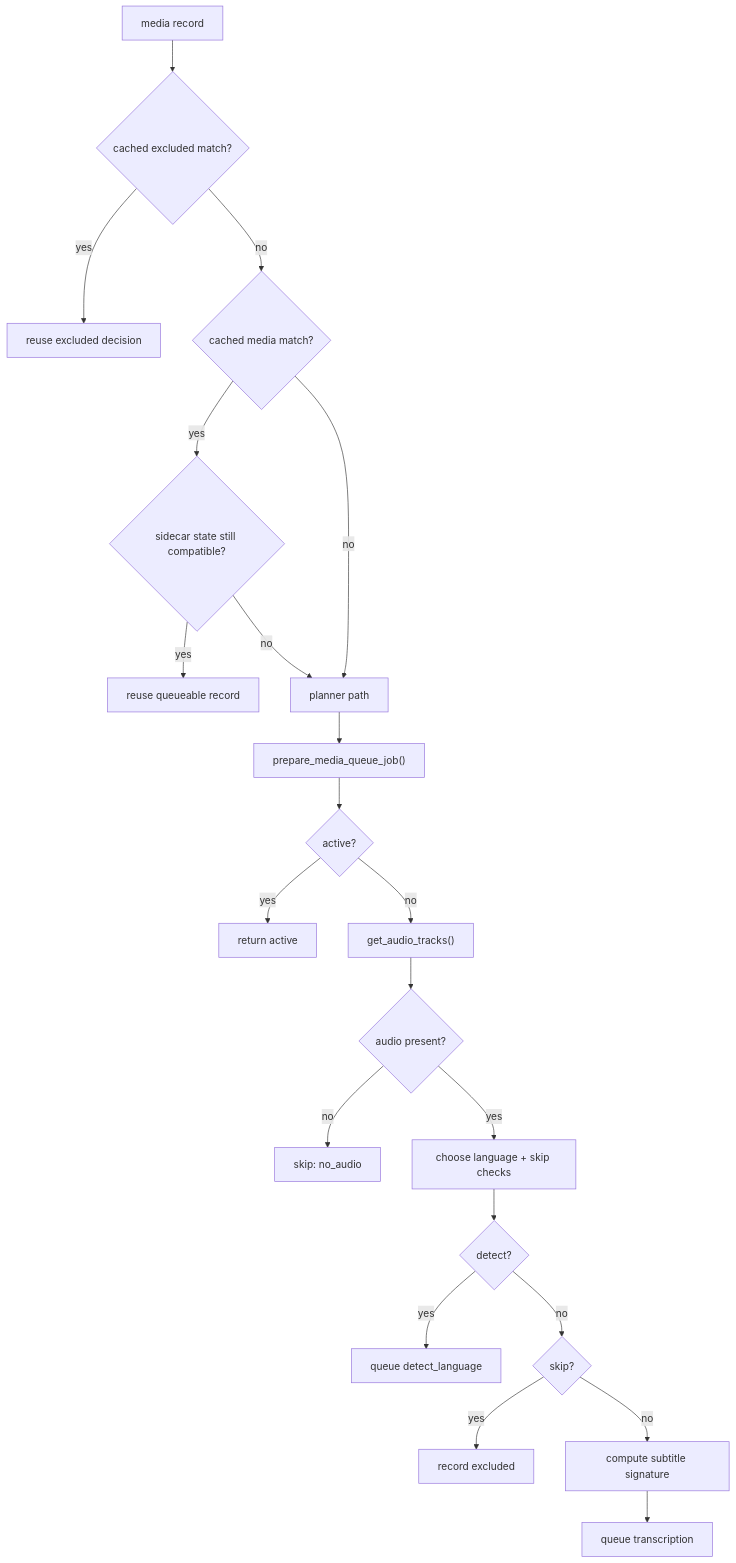
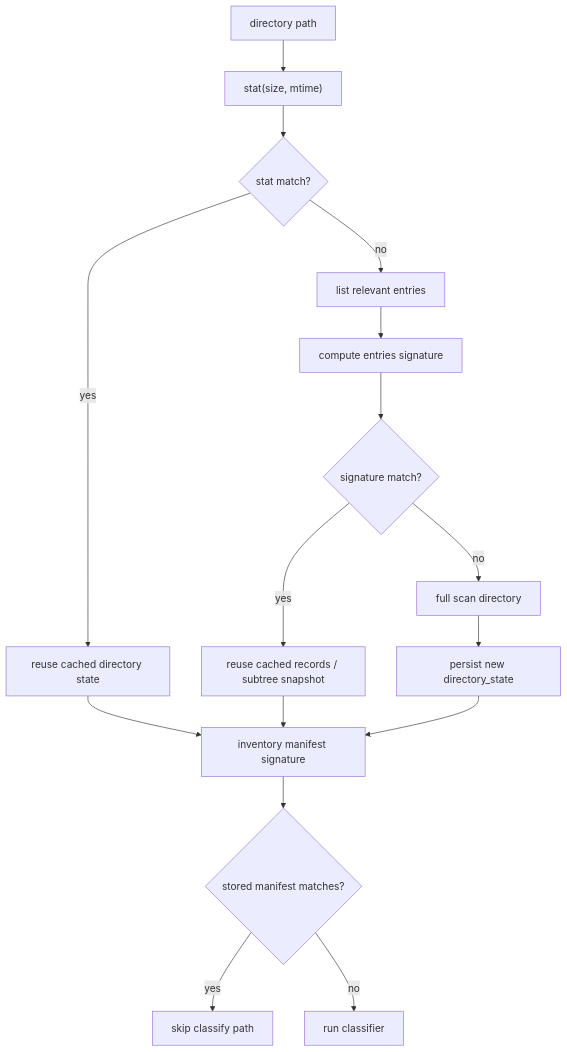
The fifth of 5 diagrams in subgen_startup_scan/README.md (ngallodev/subgen), drawn with Mermaid before and after one commit. The commit also changed other lines of this file and 34 other files, not shown here.

````diff
--- a/subgen_startup_scan/README.md
+++ b/subgen_startup_scan/README.md
@@ -254,24 +507,19 @@
 ```mermaid
 flowchart TD
-    A["media record"] --> B{"cached excluded match?"}
-    B -->|yes| C["reuse excluded decision"]
-    B -->|no| D{"cached media match?"}
-    D -->|yes| E{"sidecar state still compatible?"}
-    E -->|yes| F["reuse queueable record"]
-    E -->|no| G["planner path"]
-    D -->|no| G
+    A["directory path"] --> B["stat(size, mtime)"]
+    B --> C{"stat match?"}
+    C -->|yes| D["reuse cached directory state"]
+    C -->|no| E["list relevant entries"]
+    E --> F["compute entries signature"]
+    F --> G{"signature match?"}
+    G -->|yes| H["reuse cached records / subtree snapshot"]
+    G -->|no| I["full scan directory"]
+    I --> J["persist new directory_state"]
 
-    G --> H["prepare_media_queue_job()"]
-    H --> I{"active?"}
-    I -->|yes| J["return active"]
-    I -->|no| K["get_audio_tracks()"]
-    K --> L{"audio present?"}
-    L -->|no| M["skip: no_audio"]
-    L -->|yes| N["choose language + skip checks"]
-    N --> O{"detect?"}
-    O -->|yes| P["queue detect_language"]
-    O -->|no| Q{"skip?"}
-    Q -->|yes| R["record excluded"]
-    Q -->|no| S["compute subtitle signature"]
-    S --> T["queue transcription"]
+    D --> K["inventory manifest signature"]
+    H --> K
+    J --> K
+    K --> L{"stored manifest matches?"}
+    L -->|yes| M["skip classify path"]
+    L -->|no| N["run classifier"]
 ```
````
